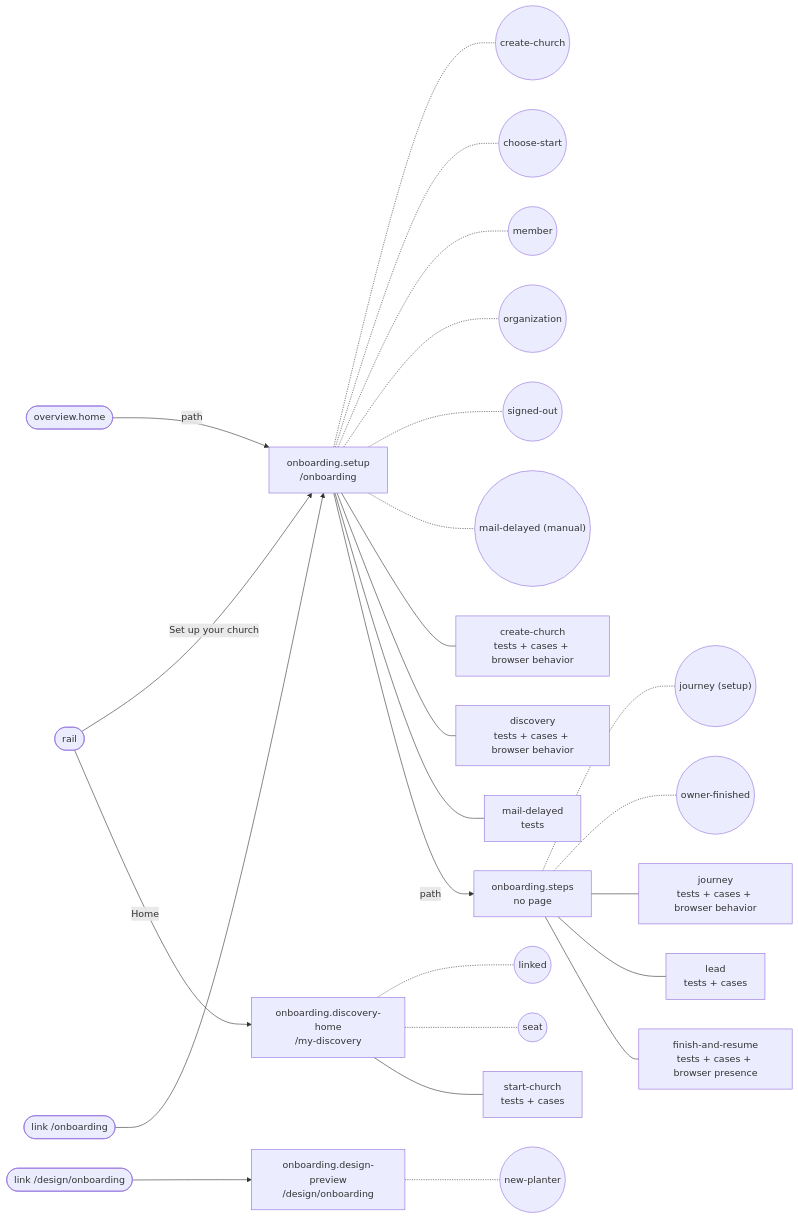
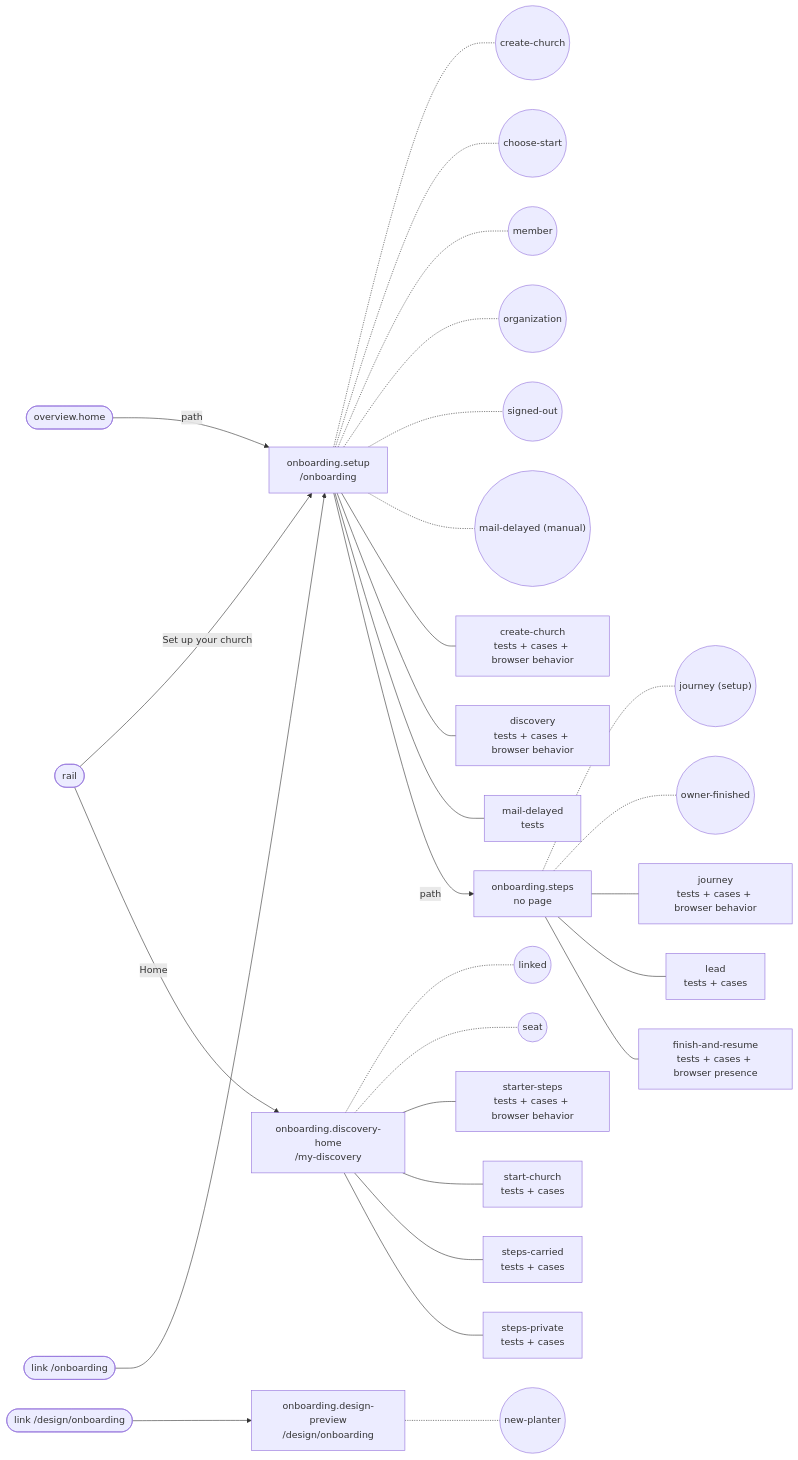
Before and after one commit to SebastianGarces/everyfield: the diagram in docs/feature-maps/onboarding.md, drawn with Mermaid. The commit also changed other lines of this file and 45 other files, not shown here.

First line of the commit message:
Discovery tasks: a starter list of discovery-phase steps the planter checks off, carried into the church (gap 18).

````diff
--- a/docs/feature-maps/onboarding.md
+++ b/docs/feature-maps/onboarding.md
@@ -6,35 +6,38 @@
 ```mermaid
 flowchart LR
   rail(["rail"])
   s0_link2(["link /onboarding"])
   s2_link0(["link /design/onboarding"])
   x_overview_home(["overview.home"])
   s0["onboarding.setup<br/>/onboarding"]
   rail -- "Set up your church" --> s0
   x_overview_home -- "path" --> s0
   s0_link2 --> s0
   s0 -.- s0_st0(("create-church"))
   s0 -.- s0_st1(("choose-start"))
   s0 -.- s0_st2(("member"))
   s0 -.- s0_st3(("organization"))
   s0 -.- s0_st4(("signed-out"))
   s0 -.- s0_st5(("mail-delayed (manual)"))
   s0 --- s0_b0["create-church<br/>tests + cases + browser behavior"]
   s0 --- s0_b1["discovery<br/>tests + cases + browser behavior"]
   s0 --- s0_b2["mail-delayed<br/>tests"]
   s1["onboarding.steps<br/>no page"]
   s0 -- "path" --> s1
   s1 -.- s1_st0(("journey (setup)"))
   s1 -.- s1_st1(("owner-finished"))
   s1 --- s1_b0["journey<br/>tests + cases + browser behavior"]
   s1 --- s1_b1["lead<br/>tests + cases"]
   s1 --- s1_b2["finish-and-resume<br/>tests + cases + browser presence"]
   s2["onboarding.design-preview<br/>/design/onboarding"]
   s2_link0 --> s2
   s2 -.- s2_st0(("new-planter"))
   s3["onboarding.discovery-home<br/>/my-discovery"]
   rail -- "Home" --> s3
   s3 -.- s3_st0(("linked"))
   s3 -.- s3_st1(("seat"))
-  s3 --- s3_b0["start-church<br/>tests + cases"]
+  s3 --- s3_b0["starter-steps<br/>tests + cases + browser behavior"]
+  s3 --- s3_b1["start-church<br/>tests + cases"]
+  s3 --- s3_b2["steps-carried<br/>tests + cases"]
+  s3 --- s3_b3["steps-private<br/>tests + cases"]
 ```
````
